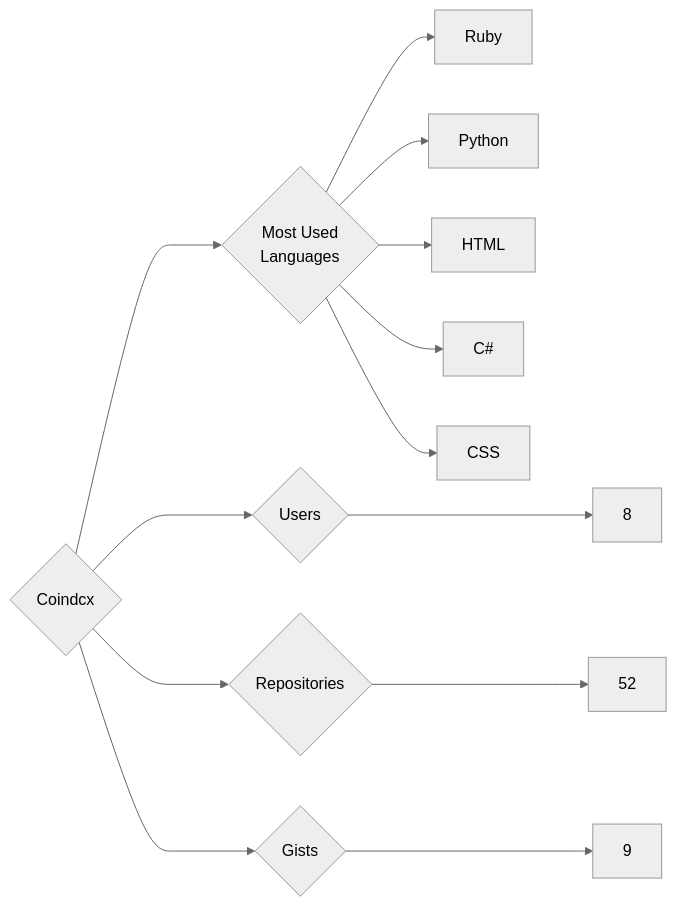
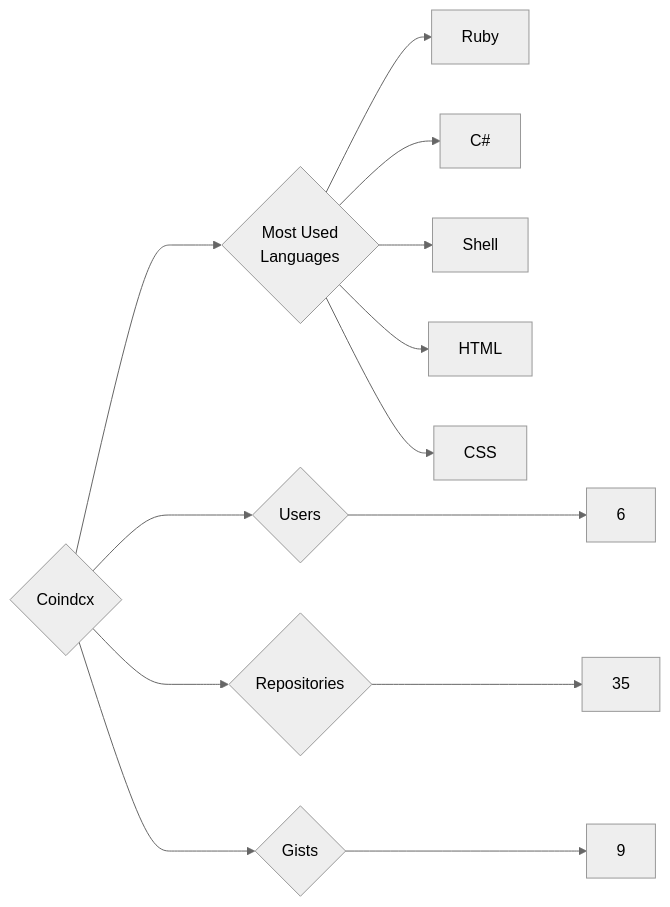
Before and after one commit to trickest/insiders: the diagram in targets/Coindcx/README.md, drawn with Mermaid (neutral theme). The commit also changed 1003 other files, not shown here.

````diff
--- a/targets/Coindcx/README.md
+++ b/targets/Coindcx/README.md
@@ -3,13 +3,13 @@
 ```mermaid
 graph LR
 COMPANY_NAME{Coindcx}
-COMPANY_NAME ---> U{Users} ---> UN[8]
-COMPANY_NAME ---> R{Repositories} ---> RN[52]
+COMPANY_NAME ---> U{Users} ---> UN[6]
+COMPANY_NAME ---> R{Repositories} ---> RN[35]
 COMPANY_NAME ---> G{Gists} ---> GN[9]
 COMPANY_NAME ---> ML{Most Used<br>Languages}
 ML --> Ruby[Ruby]
-ML --> Python[Python]
+ML --> C#[C#]
+ML --> Shell[Shell]
 ML --> HTML[HTML]
-ML --> C#[C#]
 ML --> CSS[CSS]
 ```
````
